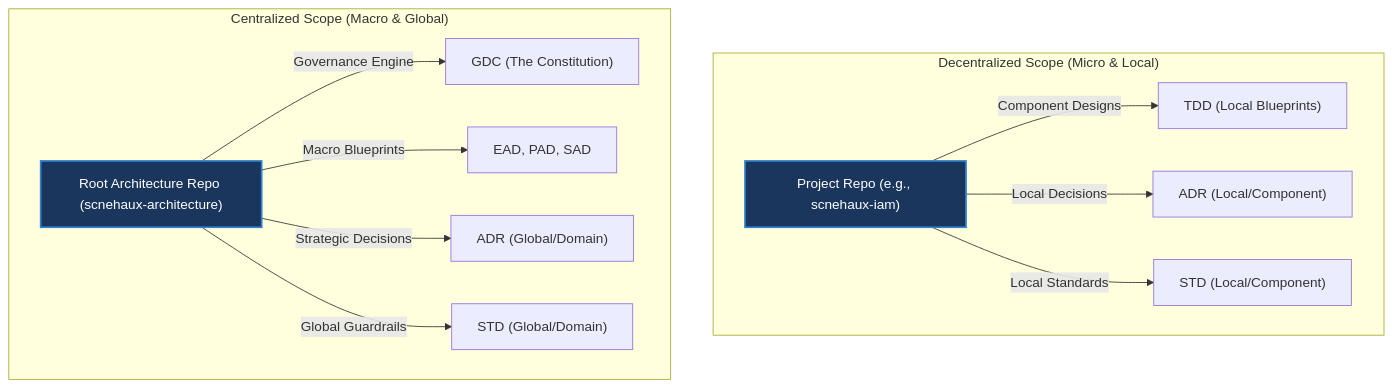
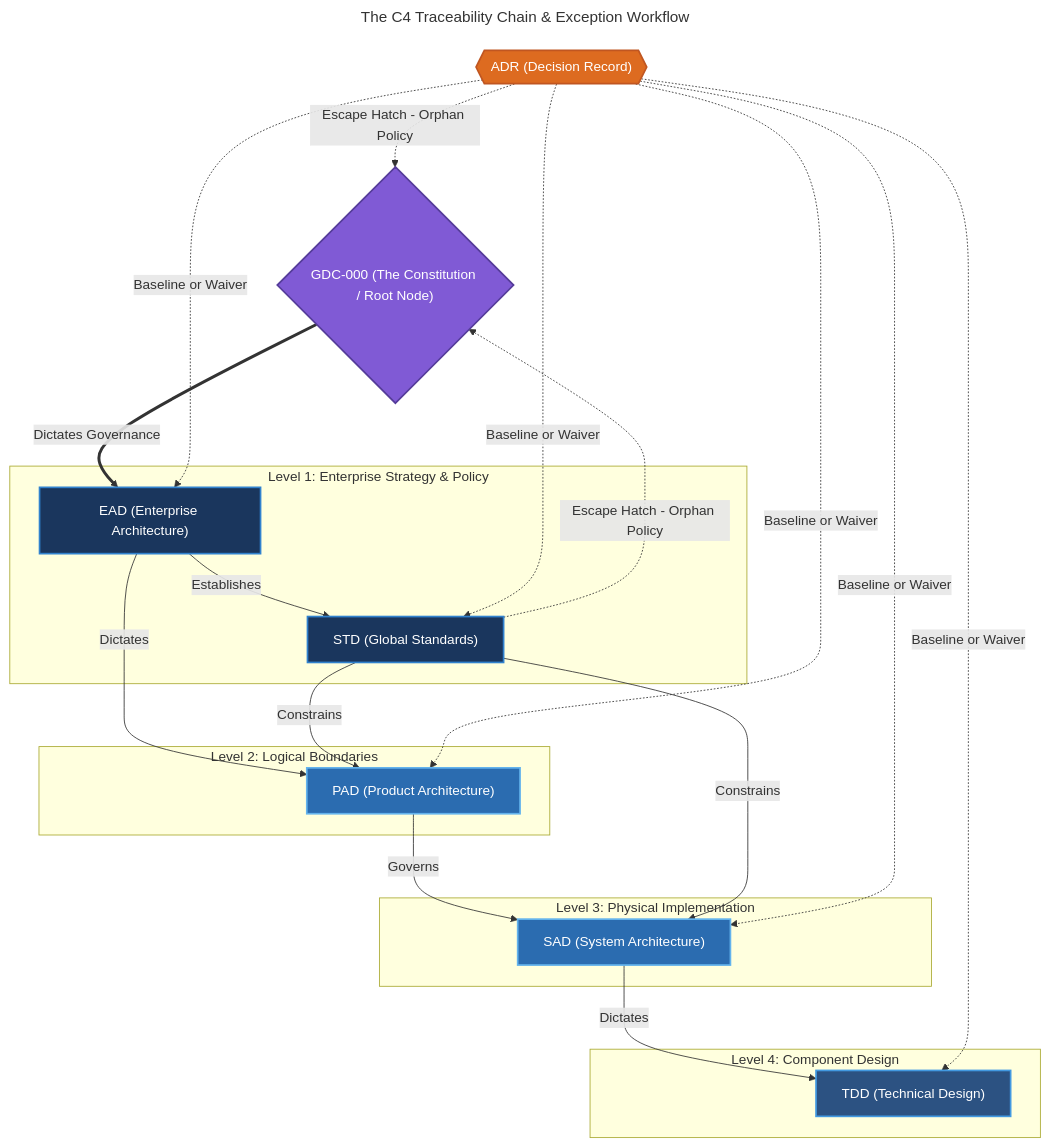
The third of 6 diagrams in 00-governance/GDC-000-governance-policy.md (anshacerbia2/scnehaux-architecture), drawn with Mermaid before and after one commit. The commit also changed other lines of this file and 95 other files, not shown here.

Commit message:
chore: save current state before Architecture-as-Data transition

```diff
--- a/00-governance/GDC-000-governance-policy.md
+++ b/00-governance/GDC-000-governance-policy.md
@@ -94,20 +271,53 @@
 ~~~mermaid
+---
+title: The C4 Traceability Chain & Exception Workflow
+---
 graph TD
-   subgraph Decentralized ["Decentralized Scope (Micro & Local)"]
-      ProjGo["Project Repo (e.g., scnehaux-iam)"]
-      ProjGo -->|Component Designs| LocalTDD["TDD (Local Blueprints)"]
-      ProjGo -->|Local Decisions| ProjADR["ADR (Local/Component)"]
-      ProjGo -->|Local Standards| ProjSTD["STD (Local/Component)"]
-   end
+    GDC{"GDC-000 (The Constitution / Root Node)"}
 
-   subgraph Centralized ["Centralized Scope (Macro & Global)"]
-      Root["Root Architecture Repo (scnehaux-architecture)"]
-      Root -->|Governance Engine| CentralGDC["GDC (The Constitution)"]
-      Root -->|Macro Blueprints| CentralDocs["EAD, PAD, SAD"]
-      Root -->|Strategic Decisions| GlobalADR["ADR (Global/Domain)"]
-      Root -->|Global Guardrails| GlobalSTD["STD (Global/Domain)"]
-   end
+    subgraph Supreme ["Level 1: Enterprise Strategy & Policy"]
+        EAD["EAD (Enterprise Architecture)"]
+        STD["STD (Global Standards)"]
+    end
 
-   style Root fill:#1a365d,stroke:#3182ce,stroke-width:2px,color:#fff
-   style ProjGo fill:#1a365d,stroke:#3182ce,stroke-width:2px,color:#fff
+    subgraph Domain ["Level 2: Logical Boundaries"]
+        PAD["PAD (Product Architecture)"]
+    end
+
+    subgraph System ["Level 3: Physical Implementation"]
+        SAD["SAD (System Architecture)"]
+    end
+
+    subgraph Execution ["Level 4: Component Design"]
+        TDD["TDD (Technical Design)"]
+    end
+    
+    ADR{{"ADR (Decision Record)"}}
+
+    GDC ==>|Dictates Governance| EAD
+    
+    EAD -->|Establishes| STD
+    EAD -->|Dictates| PAD
+    STD -->|Constrains| PAD
+    PAD -->|Governs| SAD
+    STD -->|Constrains| SAD
+    SAD -->|Dictates| TDD
+    
+    ADR -.->|Baseline or Waiver| EAD
+    ADR -.->|Baseline or Waiver| STD
+    ADR -.->|Baseline or Waiver| PAD
+    ADR -.->|Baseline or Waiver| SAD
+    ADR -.->|Baseline or Waiver| TDD
+
+    %% Escape Hatches
+    STD -.->|Escape Hatch - Orphan Policy| GDC
+    ADR -.->|Escape Hatch - Orphan Policy| GDC
+    
+    style GDC fill:#805ad5,stroke:#553c9a,stroke-width:2px,color:#fff
+    style ADR fill:#dd6b20,stroke:#c05621,stroke-width:2px,color:#fff
+    style EAD fill:#1a365d,stroke:#3182ce,stroke-width:2px,color:#fff
+    style STD fill:#1a365d,stroke:#3182ce,stroke-width:2px,color:#fff
+    style PAD fill:#2b6cb0,stroke:#63b3ed,stroke-width:2px,color:#fff
+    style SAD fill:#2b6cb0,stroke:#63b3ed,stroke-width:2px,color:#fff
+    style TDD fill:#2c5282,stroke:#4299e1,stroke-width:2px,color:#fff
 ~~~
```
